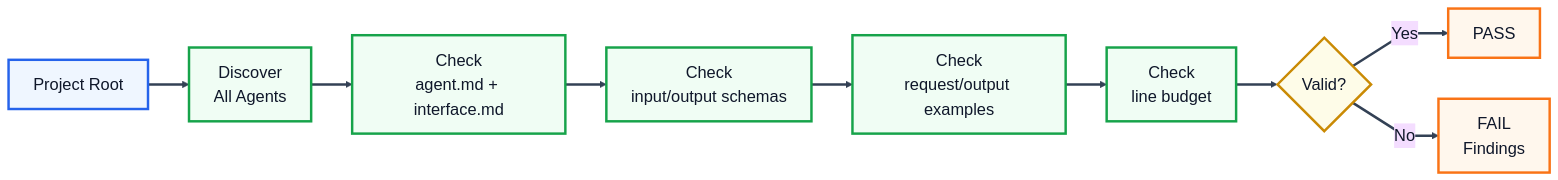
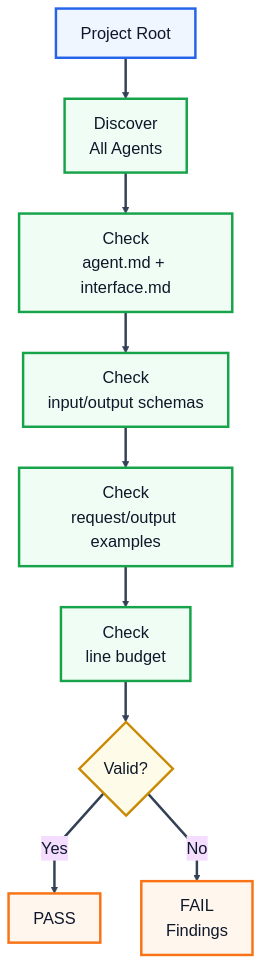
One commit to shiki-dml/My-Harness-Workflow changed the second of 4 diagrams in README.md. Above: the diagram before and after it, drawn with Mermaid. The commit also changed other lines of this file, not shown here.

Commit message:
Improve README harness diagrams

````diff
--- a/README.md
+++ b/README.md
@@ -119,21 +119,21 @@
 ```mermaid
 %%{init: {"theme":"base","flowchart":{"curve":"linear","htmlLabels":true},"themeVariables":{"background":"#ffffff","mainBkg":"#ffffff","primaryTextColor":"#0f172a","fontSize":"20px","lineColor":"#334155"}}}%%
-flowchart LR
+flowchart TB
     A["Project Root"] --> B["Discover<br/>All Agents"]
     B --> C["Check<br/>agent.md + interface.md"]
     C --> D["Check<br/>input/output schemas"]
     D --> E["Check<br/>request/output examples"]
     E --> F["Check<br/>line budget"]
     F --> G{"Valid?"}
     G -->|Yes| H["PASS"]
     G -->|No| I["FAIL<br/>Findings"]
     classDef source fill:#eff6ff,stroke:#2563eb,stroke-width:3px,color:#0f172a
     classDef step fill:#f0fdf4,stroke:#16a34a,stroke-width:3px,color:#0f172a
     classDef decision fill:#fefce8,stroke:#ca8a04,stroke-width:3px,color:#0f172a
     classDef result fill:#fff7ed,stroke:#f97316,stroke-width:3px,color:#0f172a
     class A source
     class B,C,D,E,F step
     class G decision
     class H,I result
     linkStyle default stroke:#334155,stroke-width:3px
 ```
````
